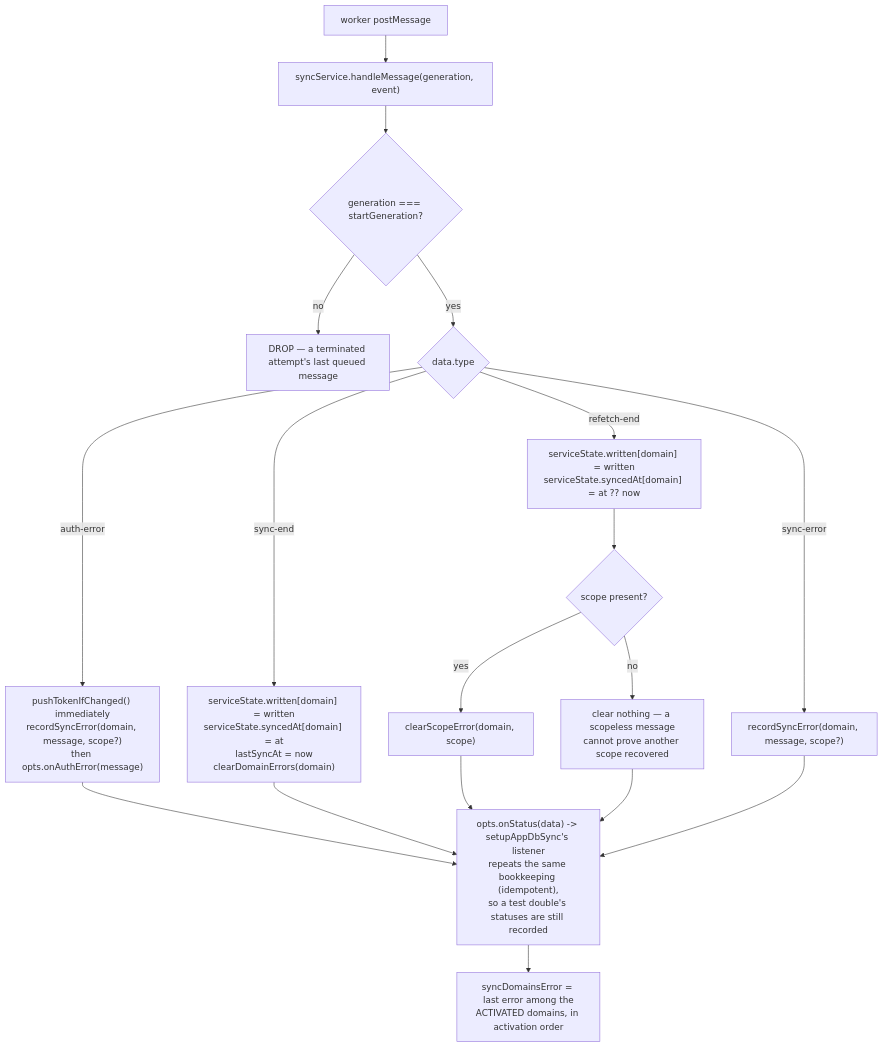
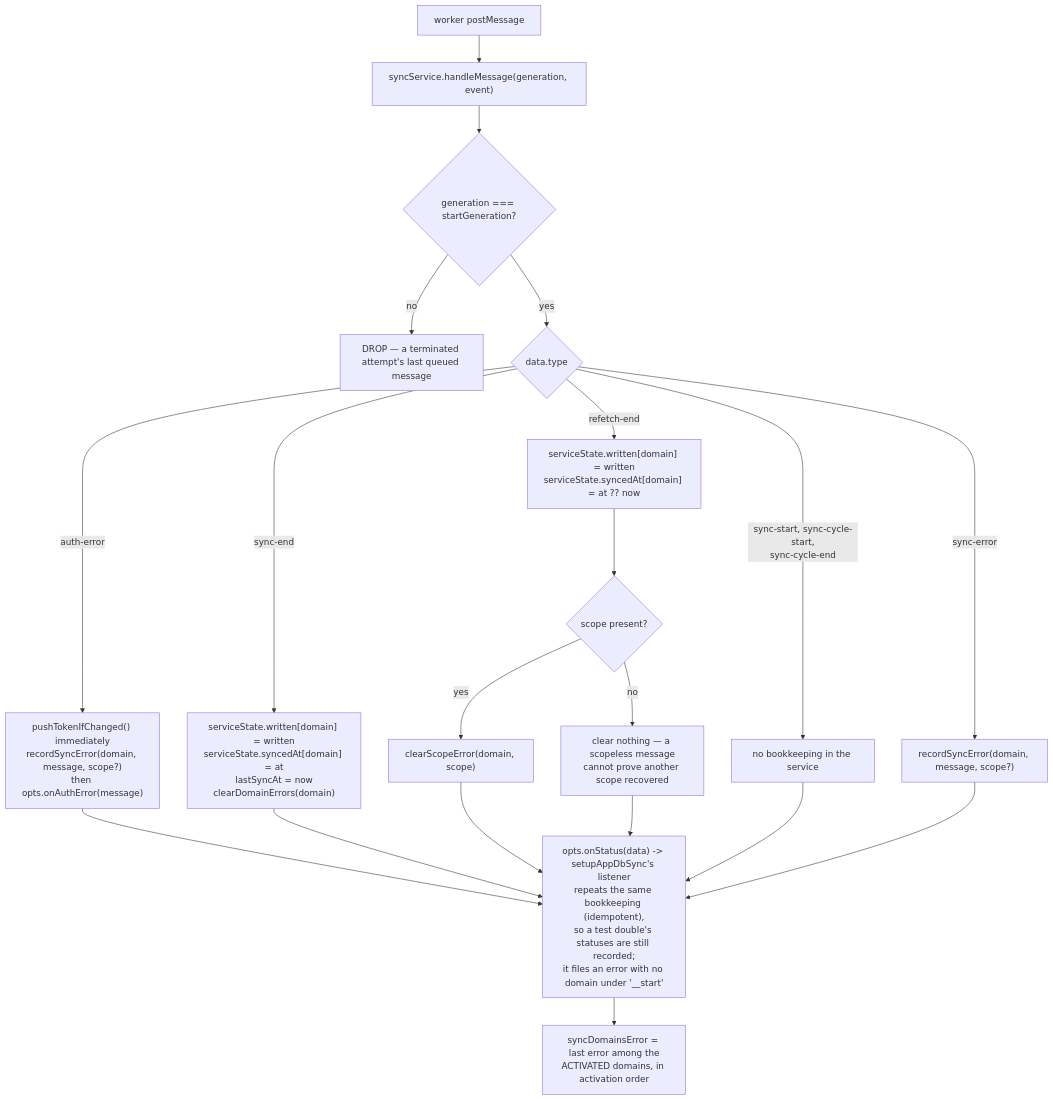
Diagram 27 of 31 in docs/APP_DB_SYNC_FLOWS.md (hotwax/accxui), drawn with Mermaid before and after one commit. The commit also changed other lines of this file and 2 other files, not shown here.

Commit message:
Updated: App database docs for the query, sync activation, seed data and refetch changes made since they were last revised.

````diff
--- a/docs/APP_DB_SYNC_FLOWS.md
+++ b/docs/APP_DB_SYNC_FLOWS.md
@@ -859,22 +1047,24 @@
 ```mermaid
 flowchart TD
     W["worker postMessage"] --> HM["syncService.handleMessage(generation, event)"]
     HM --> GEN{"generation === startGeneration?"}
     GEN -- no --> DROP["DROP — a terminated attempt's last queued message"]
     GEN -- yes --> TY{"data.type"}
 
     TY -- auth-error --> AE["pushTokenIfChanged() immediately<br/>recordSyncError(domain, message, scope?)<br/>then opts.onAuthError(message)"]
     TY -- sync-end --> SE["serviceState.written[domain] = written<br/>serviceState.syncedAt[domain] = at<br/>lastSyncAt = now<br/>clearDomainErrors(domain)"]
     TY -- refetch-end --> RW["serviceState.written[domain] = written<br/>serviceState.syncedAt[domain] = at ?? now"]
     RW --> RE{"scope present?"}
     RE -- yes --> RE1["clearScopeError(domain, scope)"]
     RE -- no --> RE2["clear nothing — a scopeless message<br/>cannot prove another scope recovered"]
     TY -- sync-error --> ER["recordSyncError(domain, message, scope?)"]
+    TY -- "sync-start, sync-cycle-start,<br/>sync-cycle-end" --> PASS["no bookkeeping in the service"]
 
     AE --> FWD
     SE --> FWD
     RE1 --> FWD
     RE2 --> FWD
-    ER --> FWD["opts.onStatus(data) -> setupAppDbSync's listener<br/>repeats the same bookkeeping (idempotent),<br/>so a test double's statuses are still recorded"]
+    PASS --> FWD
+    ER --> FWD["opts.onStatus(data) -> setupAppDbSync's listener<br/>repeats the same bookkeeping (idempotent),<br/>so a test double's statuses are still recorded;<br/>it files an error with no domain under '__start'"]
     FWD --> SDE["syncDomainsError = last error among the<br/>ACTIVATED domains, in activation order"]
 ```
````
